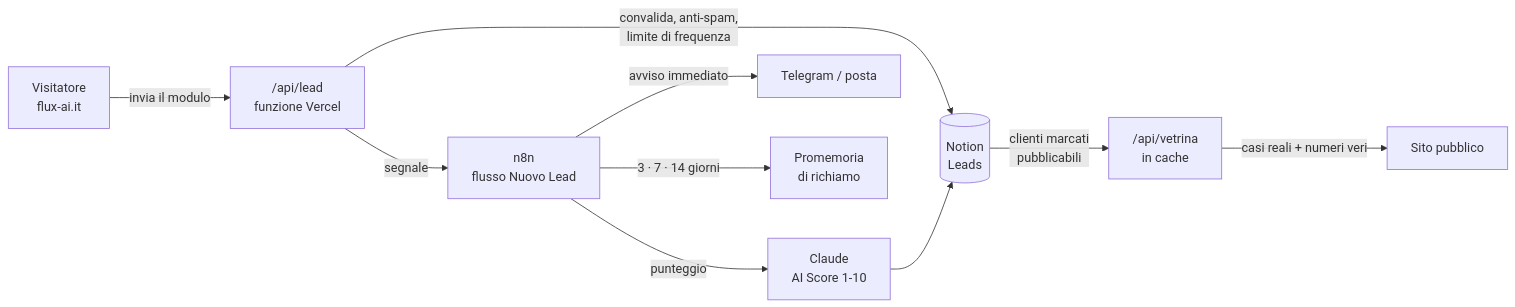
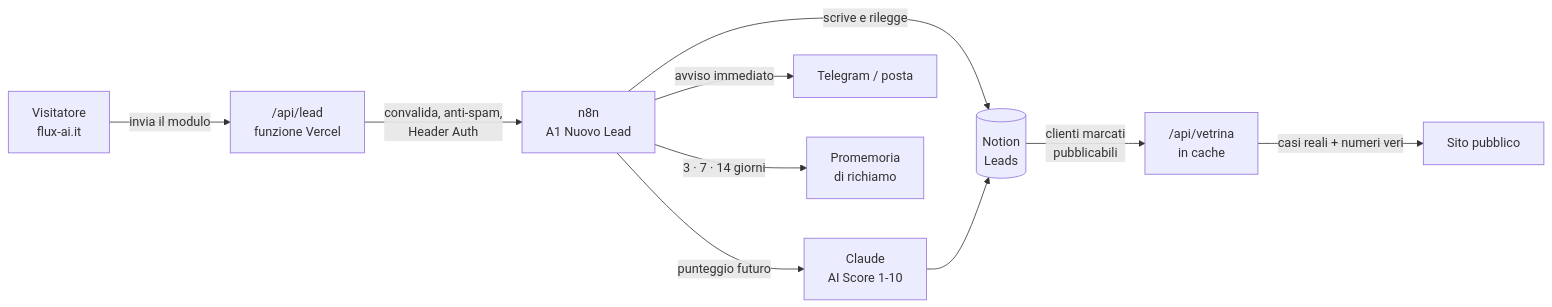
One commit to ergesttroplini97-ops/Flux-AI changed the diagram in OBIETTIVI-2026.md. Above: the diagram before and after it, drawn with Mermaid. The commit also changed other lines of this file and 6 other files, not shown here.

First line of the commit message:
Pubblica il nuovo sito Flux AI con modulo lead

````diff
--- a/OBIETTIVI-2026.md
+++ b/OBIETTIVI-2026.md
@@ -125,12 +124,12 @@
 ```mermaid
 flowchart LR
   V["Visitatore<br>flux-ai.it"] -->|"invia il modulo"| F["/api/lead<br>funzione Vercel"]
-  F -->|"convalida, anti-spam,<br>limite di frequenza"| N[("Notion<br>Leads")]
-  F -->|"segnale"| W["n8n<br>flusso Nuovo Lead"]
-  W -->|"punteggio"| C["Claude<br>AI Score 1-10"]
+  F -->|"convalida, anti-spam,<br>Header Auth"| W["n8n<br>A1 Nuovo Lead"]
+  W -->|"scrive e rilegge"| N[("Notion<br>Leads")]
+  W -->|"punteggio futuro"| C["Claude<br>AI Score 1-10"]
   C --> N
   W -->|"avviso immediato"| T["Telegram / posta"]
   W -->|"3 · 7 · 14 giorni"| R["Promemoria<br>di richiamo"]
   N -->|"clienti marcati<br>pubblicabili"| M["/api/vetrina<br>in cache"]
   M -->|"casi reali + numeri veri"| S["Sito pubblico"]
 ```
````
